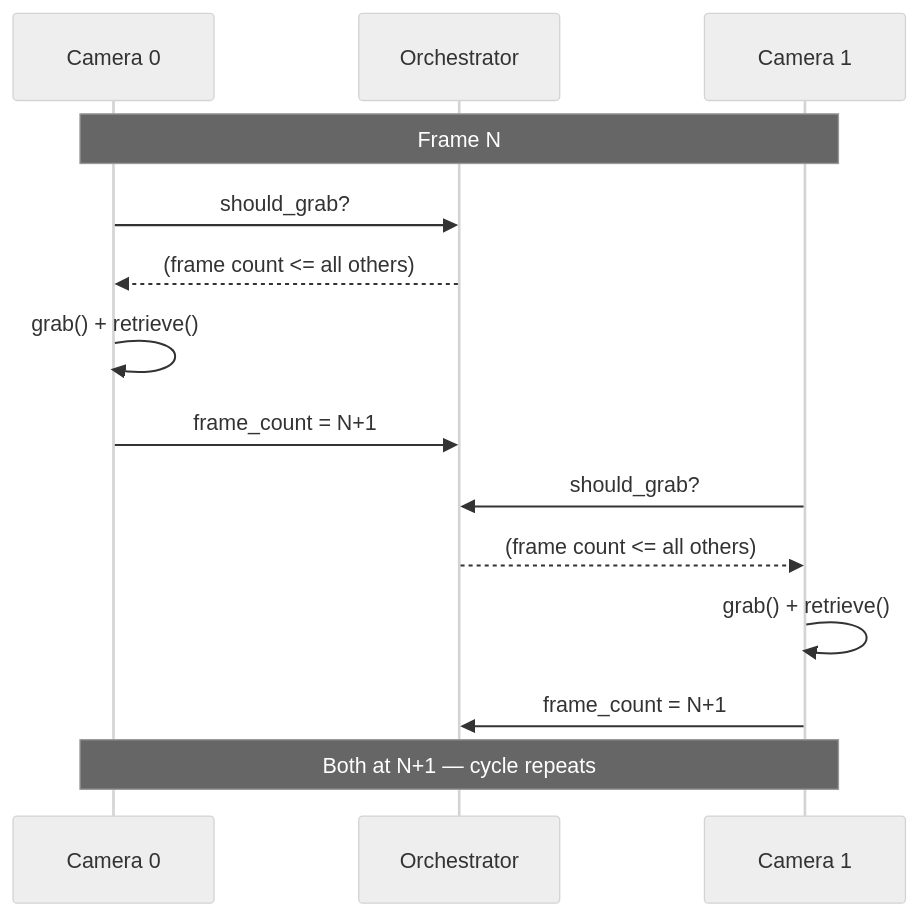
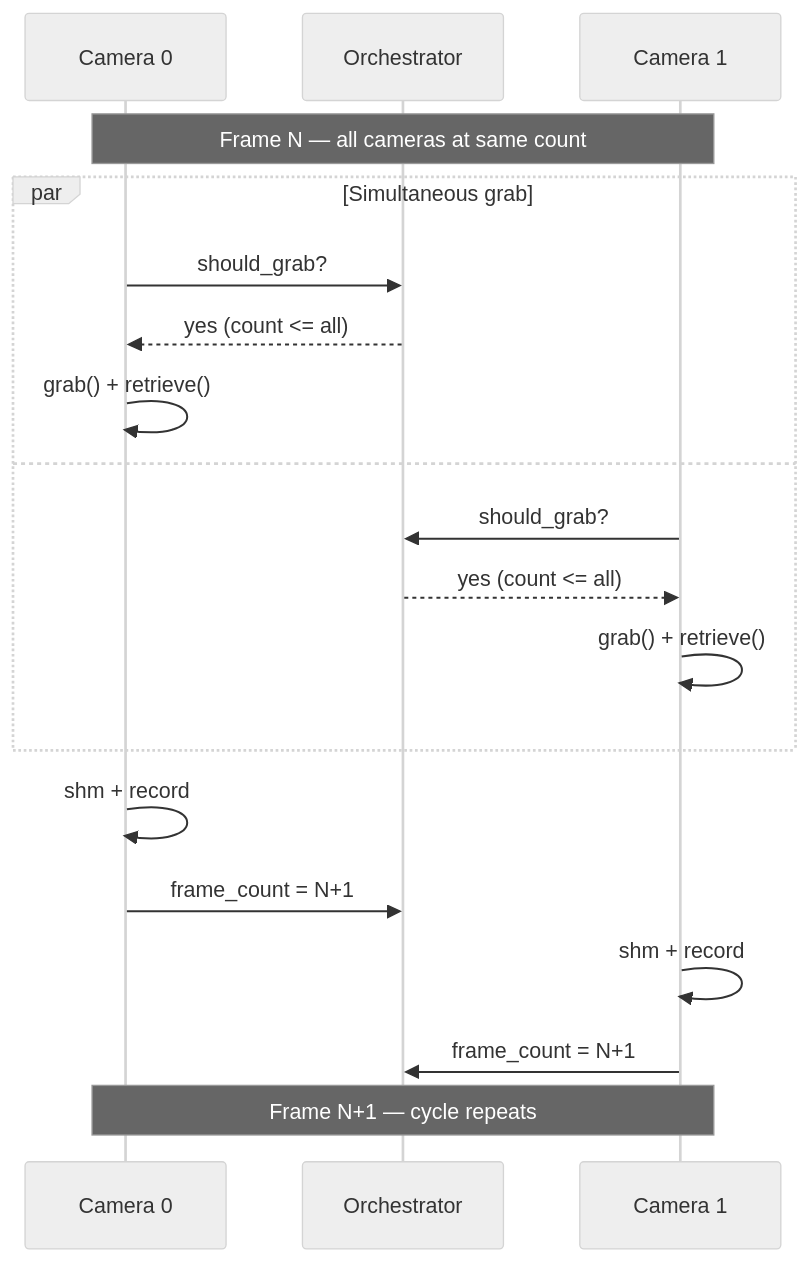
The diagram in skellycam-docs/docs/core/frame-perfect-sync.mdx (freemocap/skellycam), drawn with Mermaid (neutral theme) before and after one commit. The commit also changed other lines of this file and 17 other files, not shown here.

````diff
--- a/skellycam-docs/docs/core/frame-perfect-sync.mdx
+++ b/skellycam-docs/docs/core/frame-perfect-sync.mdx
@@ -34,20 +54,25 @@
 ```mermaid
 sequenceDiagram
     participant Cam0 as Camera 0
     participant Orch as Orchestrator
     participant Cam1 as Camera 1
 
-    Note over Cam0,Cam1: Frame N
+    Note over Cam0,Cam1: Frame N — all cameras at same count
 
-    Cam0->>Orch: should_grab?
-    Orch-->>Cam0: (frame count <= all others)
-    Cam0->>Cam0: grab() + retrieve()
+    par Simultaneous grab
+        Cam0->>Orch: should_grab?
+        Orch-->>Cam0: yes (count <= all)
+        Cam0->>Cam0: grab() + retrieve()
+    and
+        Cam1->>Orch: should_grab?
+        Orch-->>Cam1: yes (count <= all)
+        Cam1->>Cam1: grab() + retrieve()
+    end
+
+    Cam0->>Cam0: shm + record
     Cam0->>Orch: frame_count = N+1
-
-    Cam1->>Orch: should_grab?
-    Orch-->>Cam1: (frame count <= all others)
-    Cam1->>Cam1: grab() + retrieve()
+    Cam1->>Cam1: shm + record
     Cam1->>Orch: frame_count = N+1
 
-    Note over Cam0,Cam1: Both at N+1 — cycle repeats
+    Note over Cam0,Cam1: Frame N+1 — cycle repeats
 ```
````
